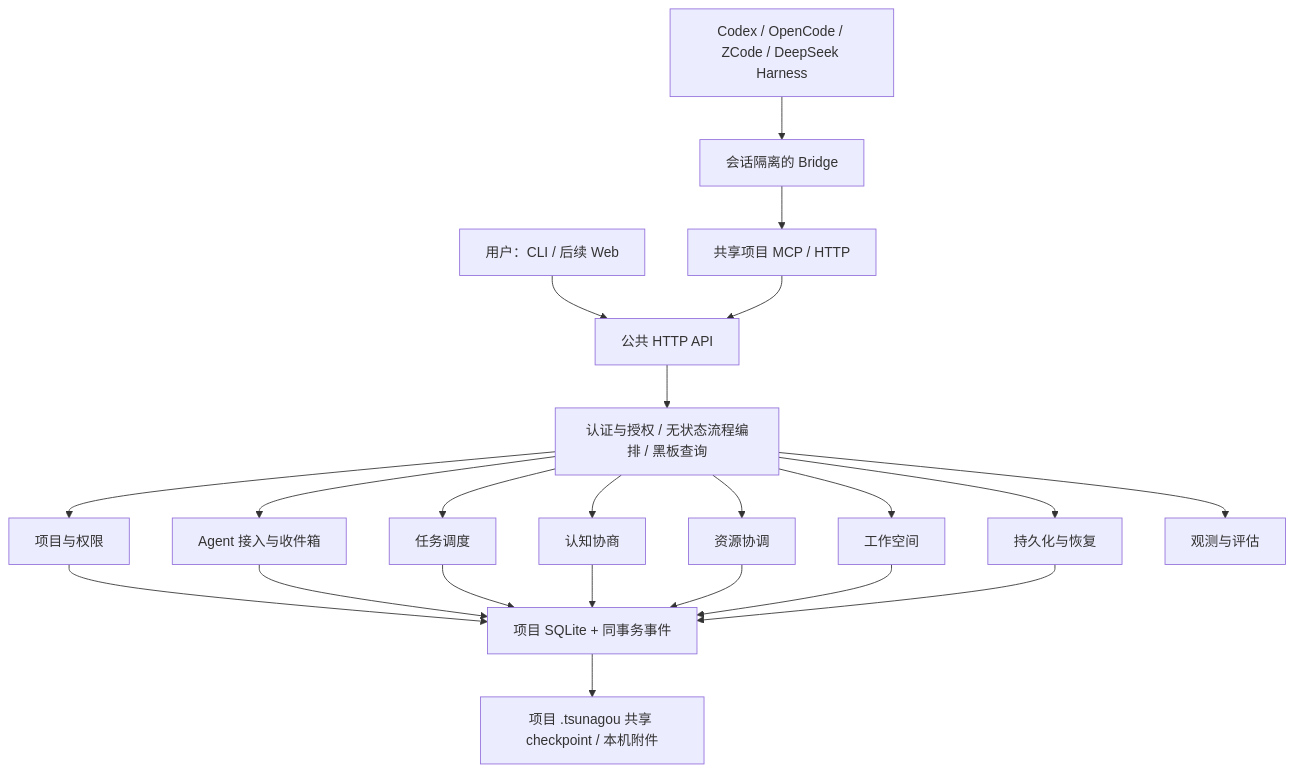
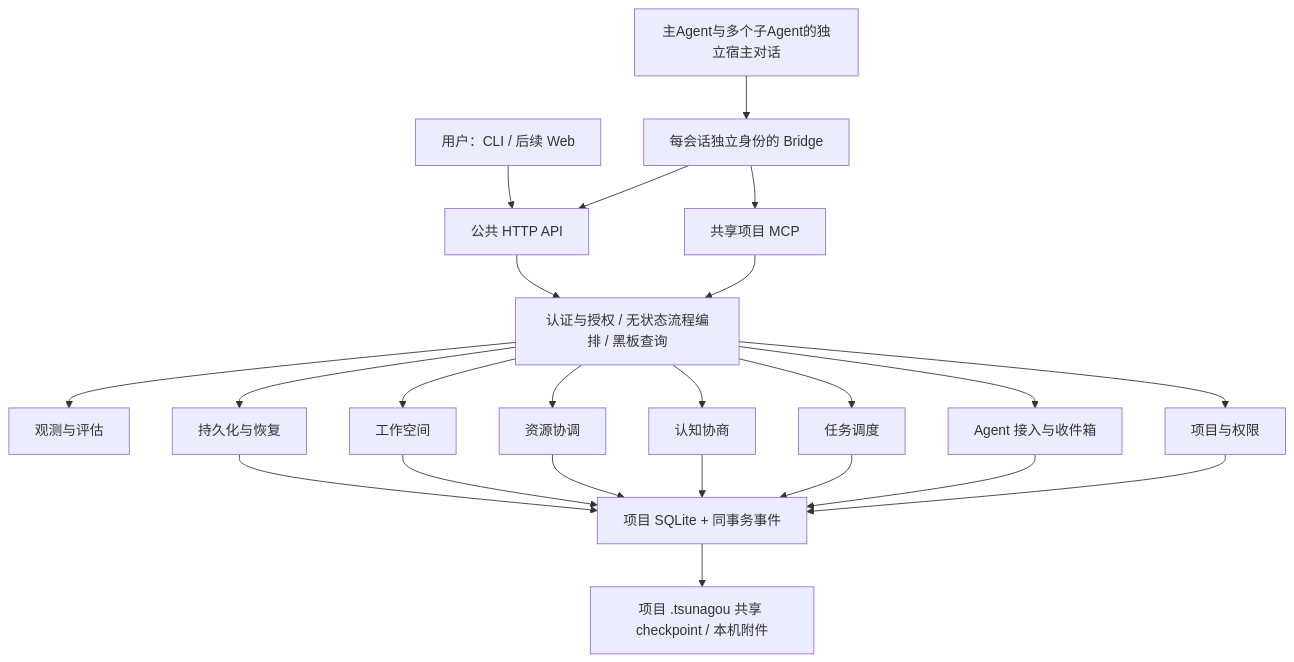
The diagram in docs/overview/architecture.md (tyuikl32/Tsunagou), drawn with Mermaid before and after one commit. The commit also changed other lines of this file and 153 other files, not shown here.

````diff
--- a/docs/overview/architecture.md
+++ b/docs/overview/architecture.md
@@ -5,18 +5,19 @@
 ```mermaid
 flowchart TB
   U[用户：CLI / 后续 Web] --> API[公共 HTTP API]
-  H[Codex / OpenCode / ZCode / DeepSeek Harness] --> B[会话隔离的 Bridge]
-  B --> MCP[共享项目 MCP / HTTP]
-  MCP --> API
+  H[主Agent与多个子Agent的独立宿主对话] --> B[每会话独立身份的 Bridge]
+  B --> MCP[共享项目 MCP]
+  B --> API
+  MCP --> APP
   API --> APP[认证与授权 / 无状态流程编排 / 黑板查询]
   APP --> P[项目与权限]
   APP --> A[Agent 接入与收件箱]
   APP --> T[任务调度]
   APP --> C[认知协商]
   APP --> R[资源协调]
   APP --> W[工作空间]
   APP --> D[持久化与恢复]
   APP --> E[观测与评估]
   P & A & T & C & R & W & D --> DB[项目 SQLite + 同事务事件]
   DB --> CP[项目 .tsunagou 共享 checkpoint / 本机附件]
 ```
````
